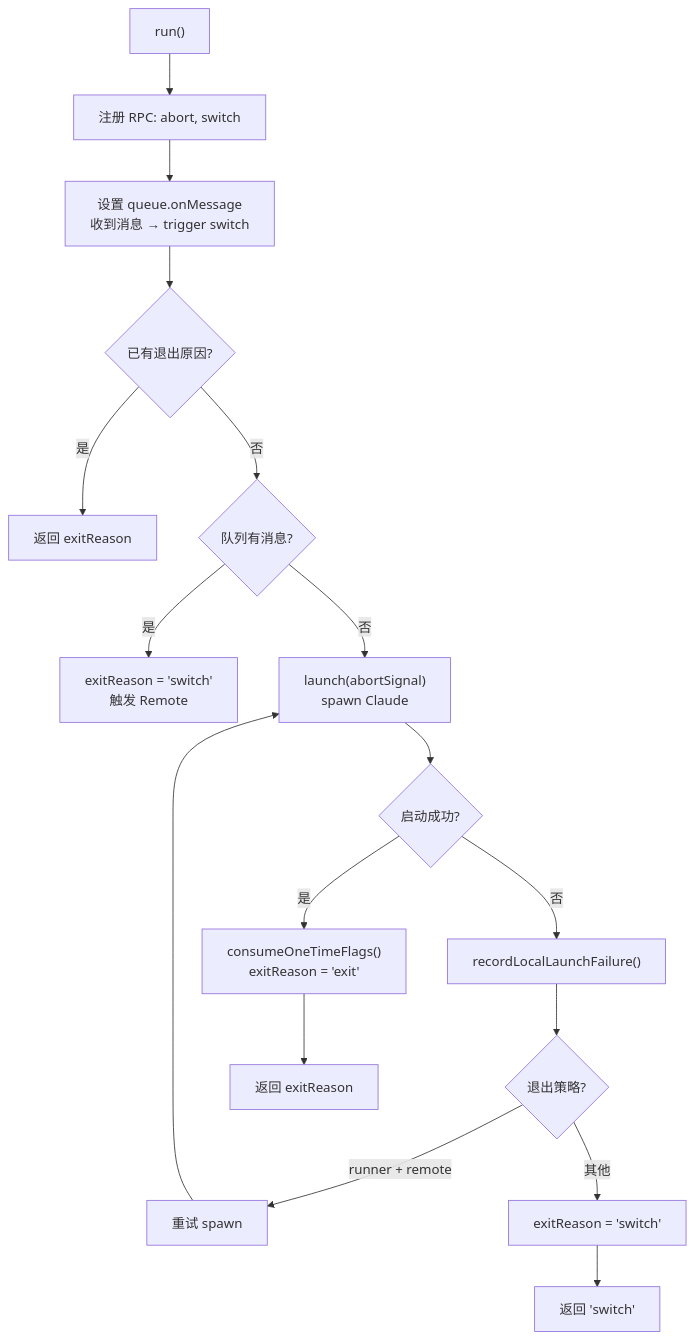
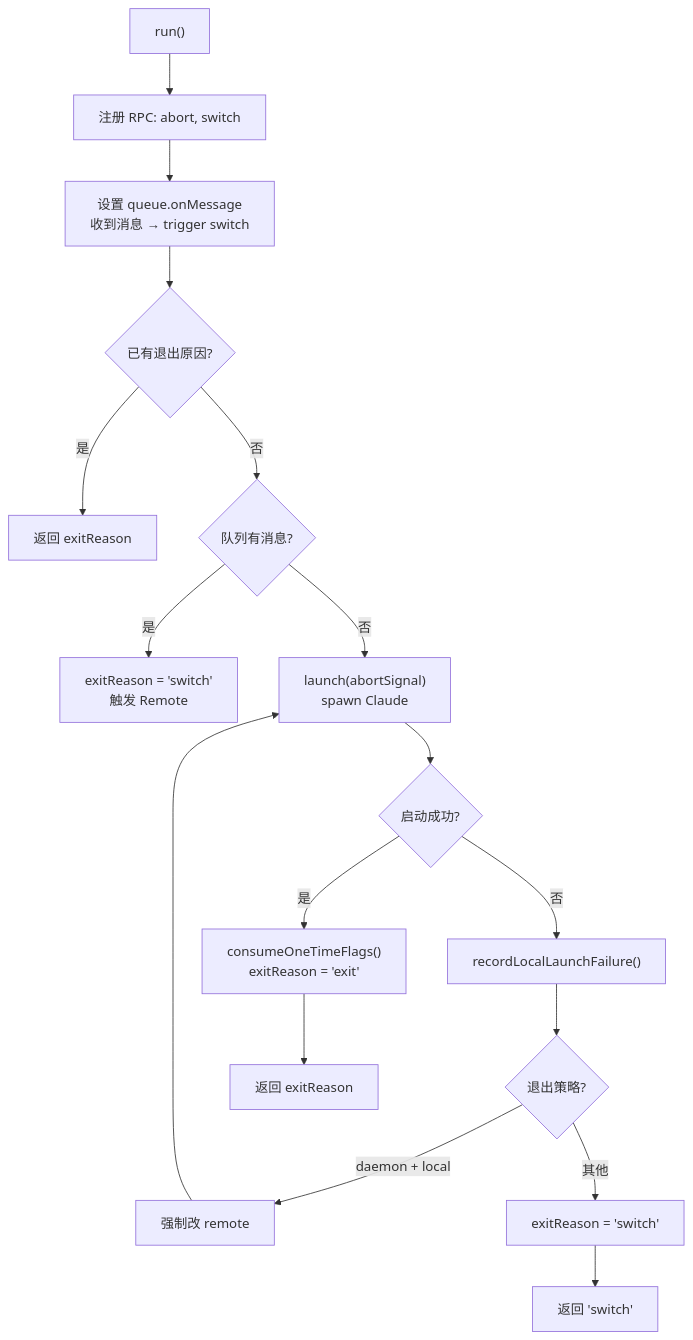
The third of 5 diagrams in docs/architecture/cli/commands/claude/local-mode.md (ModuBit/mobi), drawn with Mermaid before and after one commit. The commit also changed other lines of this file and 86 other files, not shown here.

````diff
--- a/docs/architecture/cli/commands/claude/local-mode.md
+++ b/docs/architecture/cli/commands/claude/local-mode.md
@@ -68,20 +68,20 @@
 ```mermaid
 flowchart TB
     Start["run()"] --> RegisterRPC["注册 RPC: abort, switch"]
     RegisterRPC --> SetQueue["设置 queue.onMessage<br/>收到消息 → trigger switch"]
     SetQueue --> Check{"已有退出原因?"}
     Check -->|是| Return1["返回 exitReason"]
     Check -->|否| Check2{"队列有消息?"}
     Check2 -->|是| Switch["exitReason = 'switch'<br/>触发 Remote"]
     Check2 -->|否| Launch["launch(abortSignal)<br/>spawn Claude"]
     Launch --> Success{"启动成功?"}
     Success -->|是| Consume["consumeOneTimeFlags()<br/>exitReason = 'exit'"]
     Success -->|否| Error["recordLocalLaunchFailure()"]
     Error --> Policy{"退出策略?"}
-    Policy -->|"runner + remote"| Retry["重试 spawn"]
+    Policy -->|"daemon + local"| Retry["强制改 remote"]
     Policy -->|"其他"| SwitchToRemote["exitReason = 'switch'"]
 
     Consume --> Return2["返回 exitReason"]
     Retry --> Launch
     SwitchToRemote --> Return3["返回 'switch'"]
 ```
````
